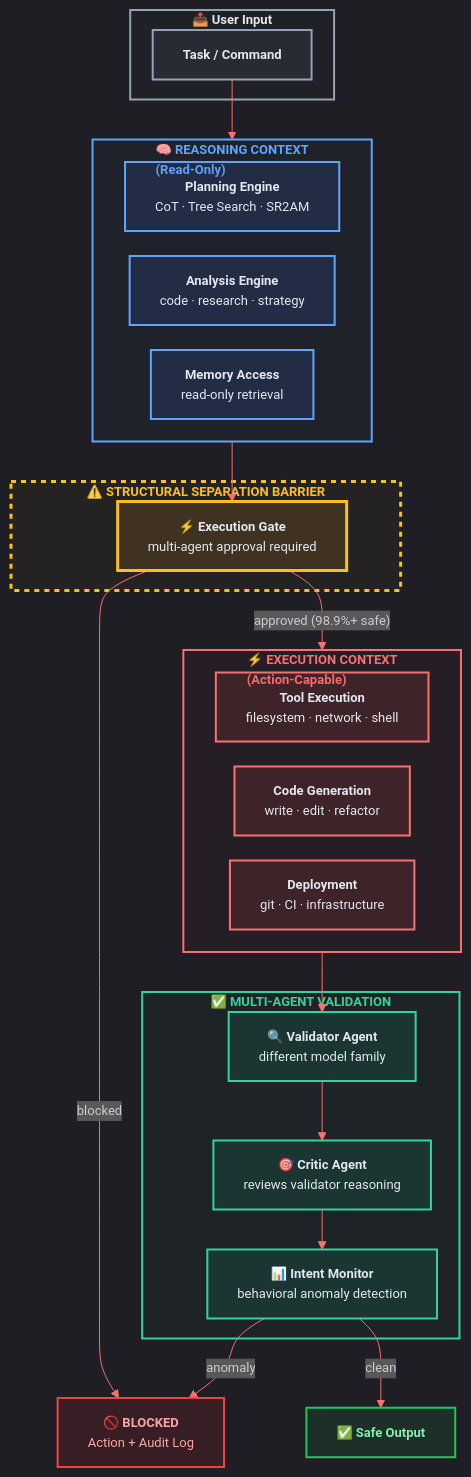
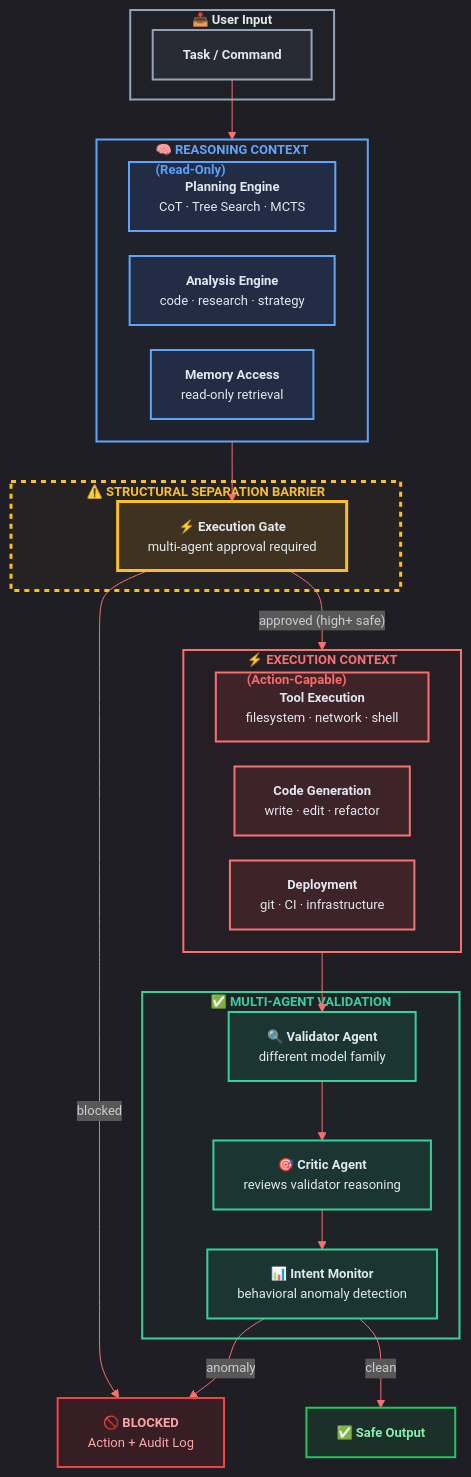
The fourth of 7 diagrams in README.md (ndqkhanh/lyra), drawn with Mermaid before and after one commit. The commit also changed other lines of this file, not shown here.

````diff
--- a/README.md
+++ b/README.md
@@ -314,61 +314,61 @@
 ```mermaid
 %%{init: {'theme': 'dark', 'themeVariables': {'primaryColor': '#ef4444', 'lineColor': '#f87171', 'fontSize': '13px'}, 'flowchart': {'nodeSpacing': 25, 'rankSpacing': 40}}}%%
 graph TB
     subgraph Input["<b style='color:#e2e8f0;'>📥 User Input</b>"]
         CMD["<b>Task / Command</b>"]
     end
 
     subgraph Reasoning["<b style='color:#60a5fa;'>🧠 REASONING CONTEXT<br/>(Read-Only)</b>"]
-        Plan["<b>Planning Engine</b><br/>CoT · Tree Search · SR2AM"]
+        Plan["<b>Planning Engine</b><br/>CoT · Tree Search · MCTS"]
         Analysis["<b>Analysis Engine</b><br/>code · research · strategy"]
         Memory2["<b>Memory Access</b><br/>read-only retrieval"]
     end
 
     subgraph Barrier["<b style='color:#fbbf24;'>⚠️ STRUCTURAL SEPARATION BARRIER</b>"]
         Gate["<b>⚡ Execution Gate</b><br/>multi-agent approval required"]
     end
 
     subgraph Execution["<b style='color:#f87171;'>⚡ EXECUTION CONTEXT<br/>(Action-Capable)</b>"]
         ToolExec["<b>Tool Execution</b><br/>filesystem · network · shell"]
         CodeGen["<b>Code Generation</b><br/>write · edit · refactor"]
         Deploy["<b>Deployment</b><br/>git · CI · infrastructure"]
     end
 
     subgraph Validation["<b style='color:#34d399;'>✅ MULTI-AGENT VALIDATION</b>"]
         V1["<b>🔍 Validator Agent</b><br/>different model family"]
         V2["<b>🎯 Critic Agent</b><br/>reviews validator reasoning"]
         V3["<b>📊 Intent Monitor</b><br/>behavioral anomaly detection"]
     end
 
     CMD --> Reasoning
     Reasoning --> Gate
-    Gate -->|"approved (98.9%+ safe)"| Execution
+    Gate -->|"approved (high+ safe)"| Execution
     Gate -->|"blocked"| Reject["<b>🚫 BLOCKED</b><br/>Action + Audit Log"]
     Execution --> V1
     V1 --> V2
     V2 --> V3
     V3 -->|"anomaly"| Reject
     V3 -->|"clean"| Output["<b>✅ Safe Output</b>"]
 
     classDef input fill:#64748b20,stroke:#94a3b8,stroke-width:2px,color:#e2e8f0
     classDef reasoning fill:#3b82f620,stroke:#60a5fa,stroke-width:2px,color:#e2e8f0
     classDef barrier fill:#f59e0b20,stroke:#fbbf24,stroke-width:3px,color:#e2e8f0
     classDef execution fill:#ef444420,stroke:#f87171,stroke-width:2px,color:#e2e8f0
     classDef validation fill:#10b98120,stroke:#34d399,stroke-width:2px,color:#e2e8f0
     classDef reject fill:#dc262620,stroke:#ef4444,stroke-width:2px,color:#fca5a5
     classDef success fill:#16a34a20,stroke:#22c55e,stroke-width:2px,color:#86efac
 
     class CMD input
     class Plan,Analysis,Memory2 reasoning
     class Gate barrier
     class ToolExec,CodeGen,Deploy execution
     class V1,V2,V3 validation
     class Reject reject
     class Output success
 
     style Input fill:#64748b08,stroke:#94a3b8,stroke-width:2px
     style Reasoning fill:#3b82f608,stroke:#60a5fa,stroke-width:2px
     style Barrier fill:#f59e0b08,stroke:#fbbf24,stroke-width:3px,stroke-dasharray:5
     style Execution fill:#ef444408,stroke:#f87171,stroke-width:2px
     style Validation fill:#10b98108,stroke:#34d399,stroke-width:2px
 ```
````
